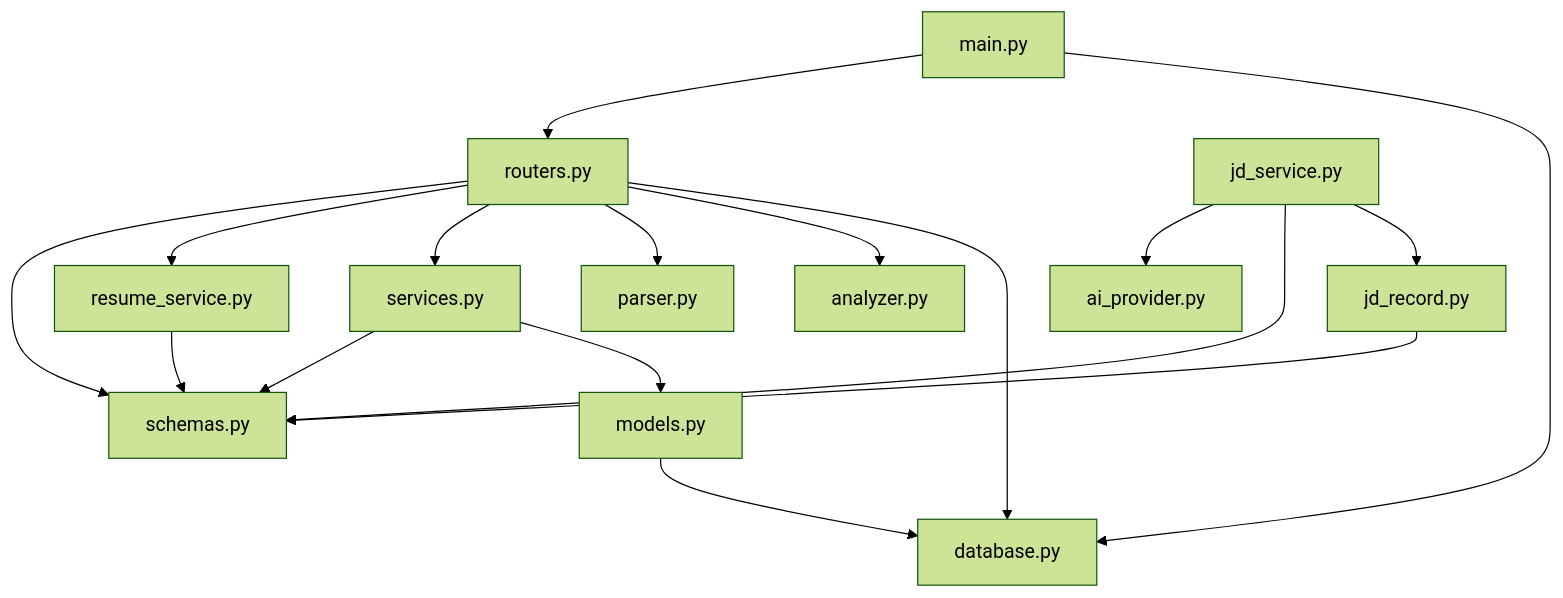
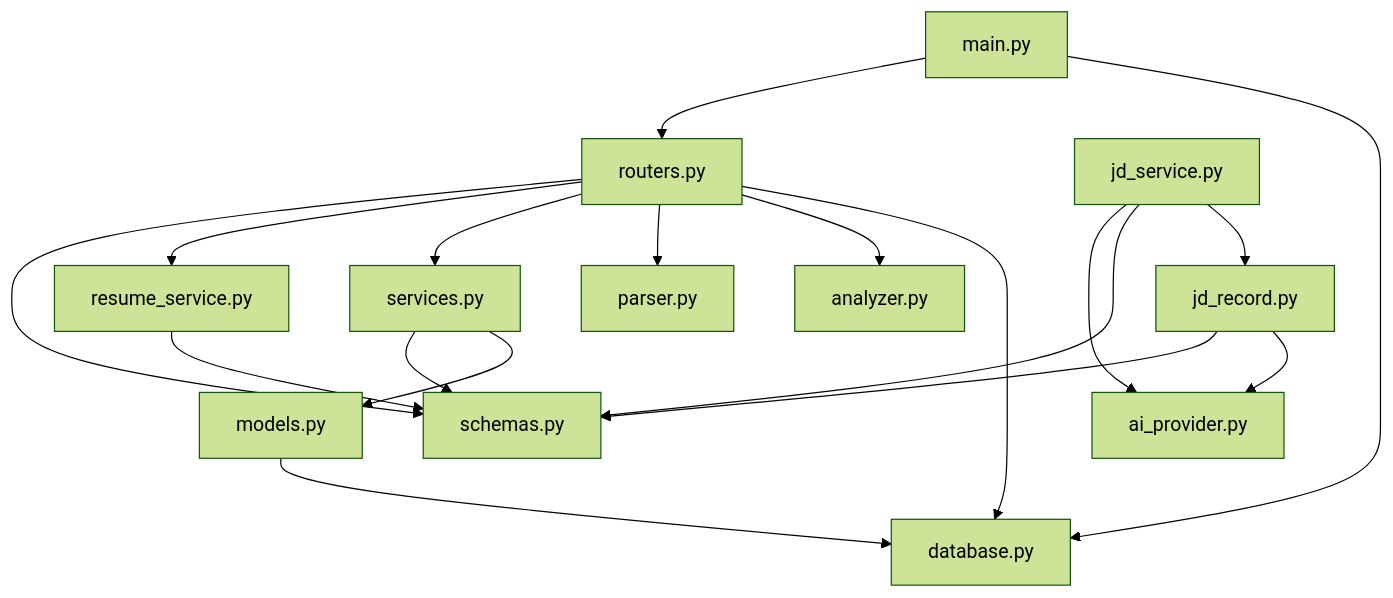
Before and after one commit to walteryt0994/RoleRadar: the diagram in README.md, drawn with Mermaid (forest theme). The commit also changed other lines of this file and 4 other files, not shown here.

Commit message:
Validate record metadata and cover provider call identity

````diff
--- a/README.md
+++ b/README.md
@@ -521,22 +521,23 @@
 ```mermaid
 flowchart TD
     main["main.py"] --> routers["routers.py"]
     main --> database["database.py"]
 
     routers --> schemas["schemas.py"]
     routers --> resume_service["resume_service.py"]
     routers --> services["services.py"]
     routers --> parser["parser.py"]
     routers --> analyzer["analyzer.py"]
     routers --> database
 
     resume_service --> schemas
     services --> schemas
     services --> models["models.py"]
     models --> database
 
     jd_service["jd_service.py"] --> ai_provider["ai_provider.py"]
     jd_service --> schemas
     jd_service --> jd_record["jd_record.py"]
     jd_record --> schemas
+    jd_record --> ai_provider
 ```
````
